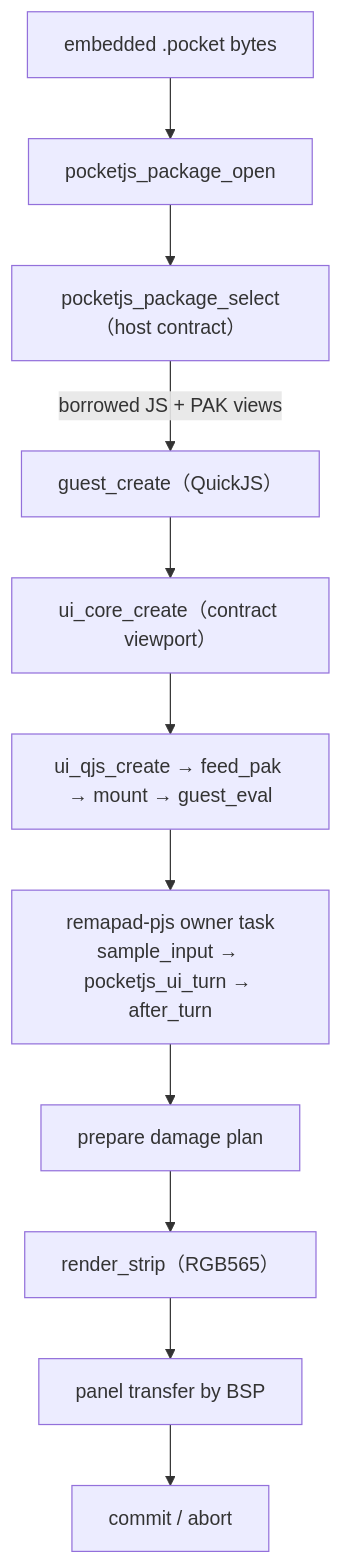
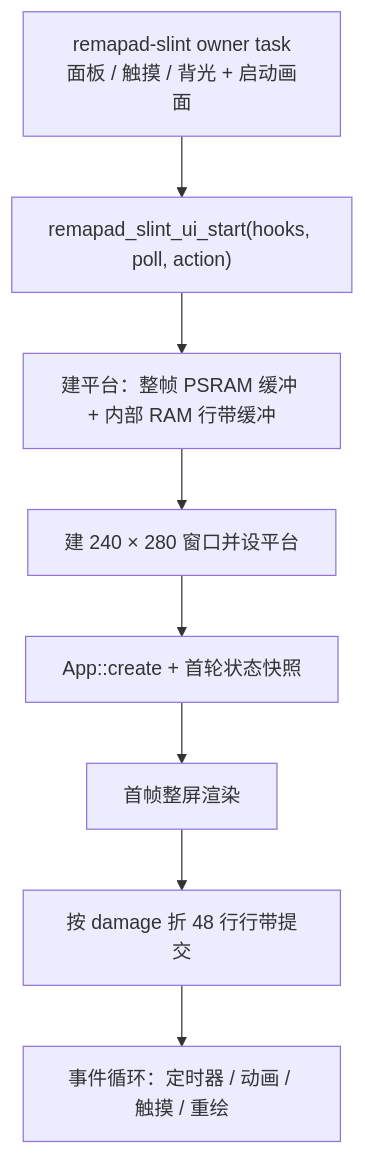
One commit to slime7/remapad changed the ninth of 9 diagrams in docs/ABSTRACTIONS.md. Above: the diagram before and after it, drawn with Mermaid. The commit also changed other lines of this file and 196 other files, not shown here.

First line of the commit message:
feat(ui): 屏幕 UI 改用 Slint + Rust，撤掉 PocketJS 运行时与 Node 工具链

````diff
--- a/docs/ABSTRACTIONS.md
+++ b/docs/ABSTRACTIONS.md
@@ -525,25 +504,19 @@
 ```mermaid
 flowchart TB
-    Package["embedded .pocket bytes"]
-    Open["pocketjs_package_open"]
-    Select["pocketjs_package_select（host contract）"]
-    Guest["guest_create（QuickJS）"]
-    Core["ui_core_create（contract viewport）"]
-    Mount["ui_qjs_create → feed_pak → mount → guest_eval"]
-    Turn["remapad-pjs owner task<br/>sample_input → pocketjs_ui_turn → after_turn"]
-    Plan["prepare damage plan"]
-    Strip["render_strip（RGB565）"]
-    Transfer["panel transfer by BSP"]
-    Commit["commit / abort"]
+    Task["remapad-slint owner task<br/>面板 / 触摸 / 背光 + 启动画面"]
+    Start["remapad_slint_ui_start(hooks, poll, action)"]
+    Platform["建平台：整帧 PSRAM 缓冲 + 内部 RAM 行带缓冲"]
+    Window["建 240 × 280 窗口并设平台"]
+    App["App::create + 首轮状态快照"]
+    Render["首帧整屏渲染"]
+    Submit["按 damage 折 48 行行带提交"]
+    Loop["事件循环：定时器 / 动画 / 触摸 / 重绘"]
 
-    Package --> Open
-    Open --> Select
-    Select -->|"borrowed JS + PAK views"| Guest
-    Guest --> Core
-    Core --> Mount
-    Mount --> Turn
-    Turn --> Plan
-    Plan --> Strip
-    Strip --> Transfer
-    Transfer --> Commit
+    Task --> Start
+    Start --> Platform
+    Platform --> Window
+    Window --> App
+    App --> Render
+    Render --> Submit
+    Submit --> Loop
 ```
````
